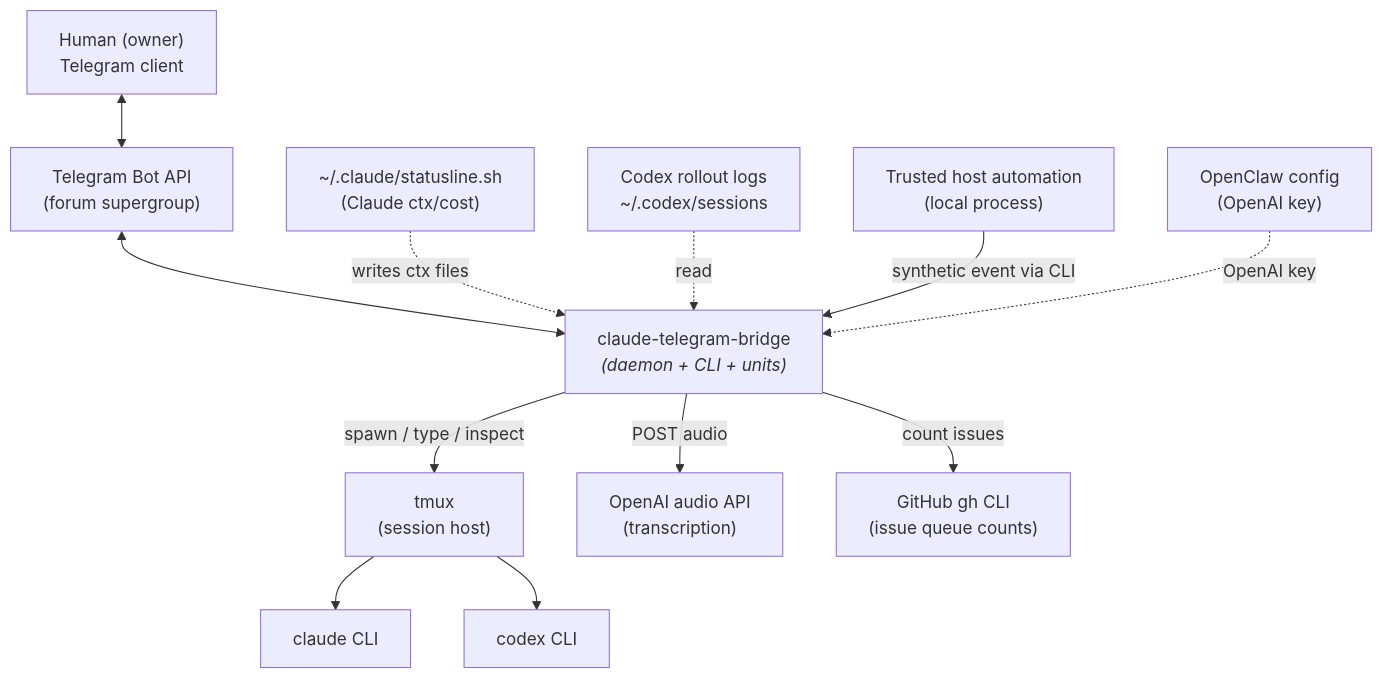
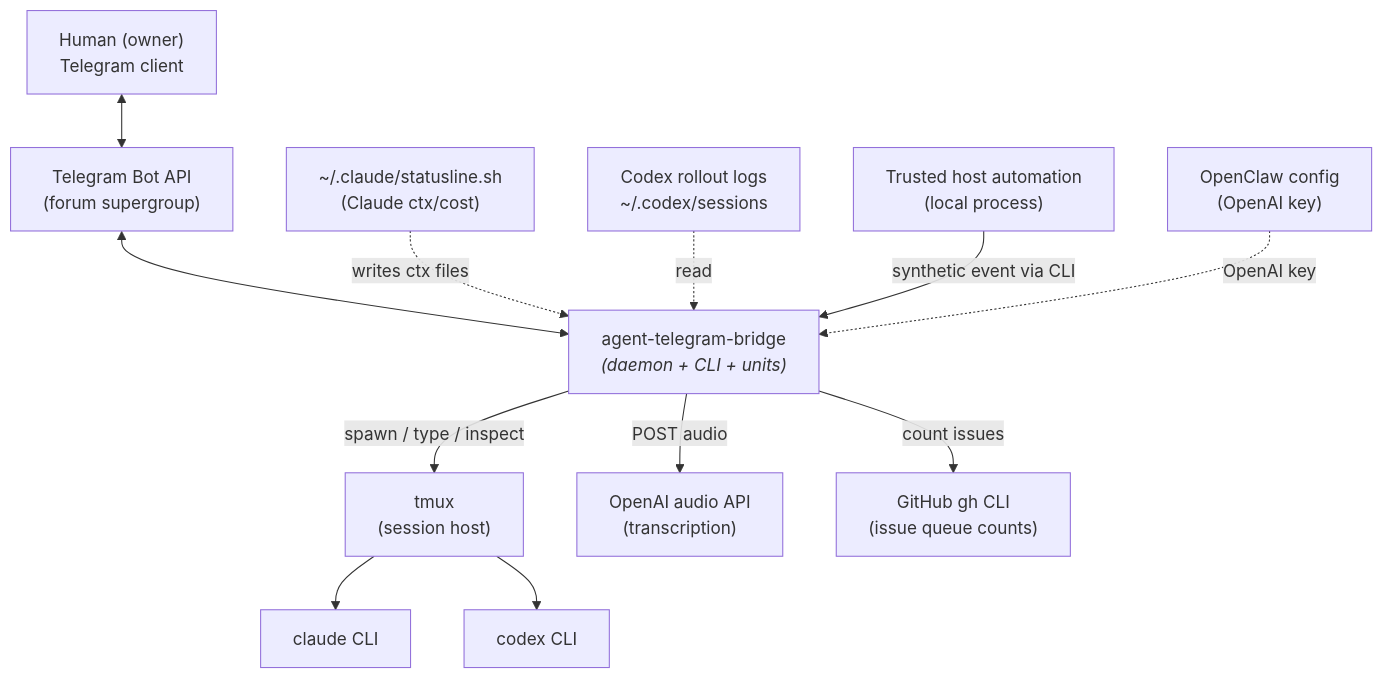
The first of 7 diagrams in docs/ARCHITECTURE.md (fedoseevstanislav/agent-telegram-bridge), drawn with Mermaid before and after one commit. The commit also changed other lines of this file and 70 other files, not shown here.

Commit message:
Rename bridge identity to agent

````diff
--- a/docs/ARCHITECTURE.md
+++ b/docs/ARCHITECTURE.md
@@ -48,27 +48,27 @@
 ```mermaid
 flowchart TB
     human["Human (owner)<br/>Telegram client"]
     tg["Telegram Bot API<br/>(forum supergroup)"]
-    bridge["claude-telegram-bridge<br/><i>(daemon + CLI + units)</i>"]
+    bridge["agent-telegram-bridge<br/><i>(daemon + CLI + units)</i>"]
     tmux["tmux<br/>(session host)"]
     claude["claude CLI"]
     codex["codex CLI"]
     openai["OpenAI audio API<br/>(transcription)"]
     statusline["~/.claude/statusline.sh<br/>(Claude ctx/cost)"]
     rollouts["Codex rollout logs<br/>~/.codex/sessions"]
     gh["GitHub gh CLI<br/>(issue queue counts)"]
     openclaw["OpenClaw config<br/>(OpenAI key)"]
     automation["Trusted host automation<br/>(local process)"]
 
     human <--> tg
     tg <--> bridge
     bridge -->|spawn / type / inspect| tmux
     tmux --> claude
     tmux --> codex
     bridge -->|POST audio| openai
     statusline -.writes ctx files.-> bridge
     rollouts -.read.-> bridge
     bridge -->|count issues| gh
     automation -->|synthetic event via CLI| bridge
     openclaw -.OpenAI key.-> bridge
 ```
````
